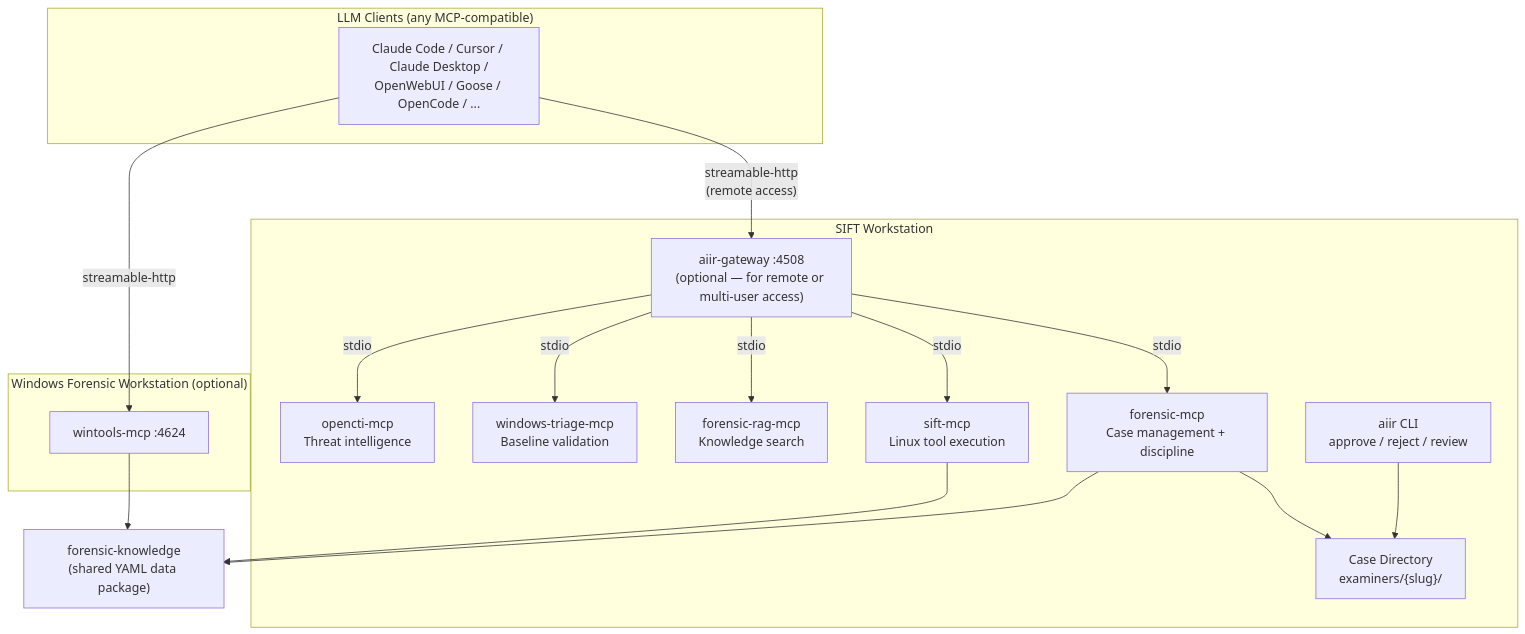
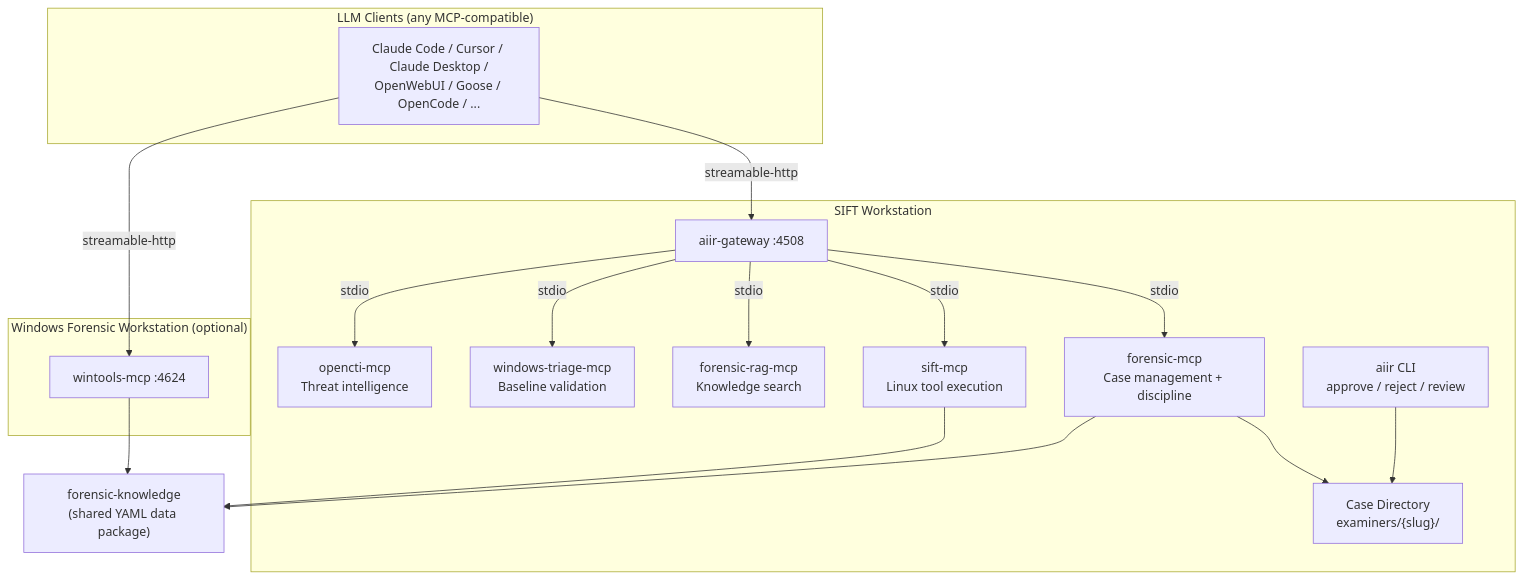
One commit to AppliedIR/aiir changed the first of 5 diagrams in README.md. Above: the diagram before and after it, drawn with Mermaid. The commit also changed other lines of this file, not shown here.

Commit message:
fix diagrams: streamable-http only, no direct stdio from clients

````diff
--- a/README.md
+++ b/README.md
@@ -49,37 +49,37 @@
 ```mermaid
 graph TB
     subgraph clients ["LLM Clients (any MCP-compatible)"]
         CC["Claude Code / Cursor / Claude Desktop /<br/>OpenWebUI / Goose / OpenCode / ..."]
     end
 
     subgraph sift ["SIFT Workstation"]
-        GW["aiir-gateway :4508<br/>(optional — for remote or multi-user access)"]
+        GW["aiir-gateway :4508"]
         FM[forensic-mcp<br/>Case management + discipline]
         SM[sift-mcp<br/>Linux tool execution]
         FR[forensic-rag-mcp<br/>Knowledge search]
         WTR[windows-triage-mcp<br/>Baseline validation]
         OC[opencti-mcp<br/>Threat intelligence]
         CASE["Case Directory<br/>examiners/{slug}/"]
         CLI["aiir CLI<br/>approve / reject / review"]
 
         GW -->|stdio| FM
         GW -->|stdio| SM
         GW -->|stdio| FR
         GW -->|stdio| WTR
         GW -->|stdio| OC
         FM --> CASE
         CLI --> CASE
     end
 
     subgraph winbox ["Windows Forensic Workstation (optional)"]
         WT["wintools-mcp :4624"]
     end
 
     FK["forensic-knowledge<br/>(shared YAML data package)"]
 
-    CC -->|"streamable-http<br/>(remote access)"| GW
+    CC -->|streamable-http| GW
     CC -->|"streamable-http"| WT
     FM --> FK
     SM --> FK
     WT --> FK
 ```
````
